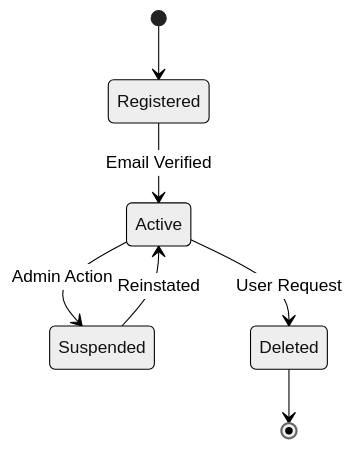
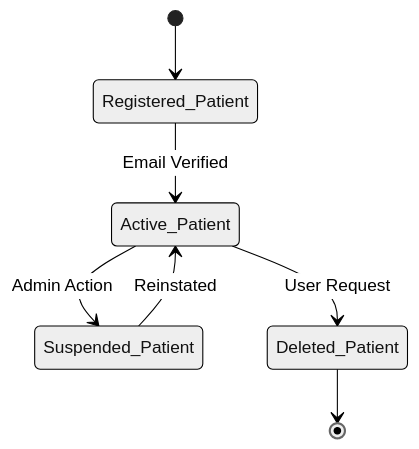
One commit to glory-kasongo-03/Doctor_appointment_booking_system changed the first of 8 diagrams in State Transition Diagrams.md. Above: the diagram before and after it, drawn with Mermaid (neutral theme). The commit also changed other lines of this file, not shown here.

Commit message:
Updated State Transition Diagrams.md

````diff
--- a/State Transition Diagrams.md
+++ b/State Transition Diagrams.md
@@ -4,9 +2,10 @@
 ```mermaid
 stateDiagram-v2
-    [*] --> Registered
-    Registered --> Active : Email Verified
-    Active --> Suspended : Admin Action
-    Suspended --> Active : Reinstated
-    Active --> Deleted : User Request
-    Deleted --> [*]
+    %% Initial state
+    [*] --> Registered_Patient
+    Registered_Patient --> Active_Patient : Email Verified
+    Active_Patient --> Suspended_Patient : Admin Action
+    Suspended_Patient --> Active_Patient : Reinstated
+    Active_Patient --> Deleted_Patient : User Request
+    Deleted_Patient --> [*]
 ```
````
